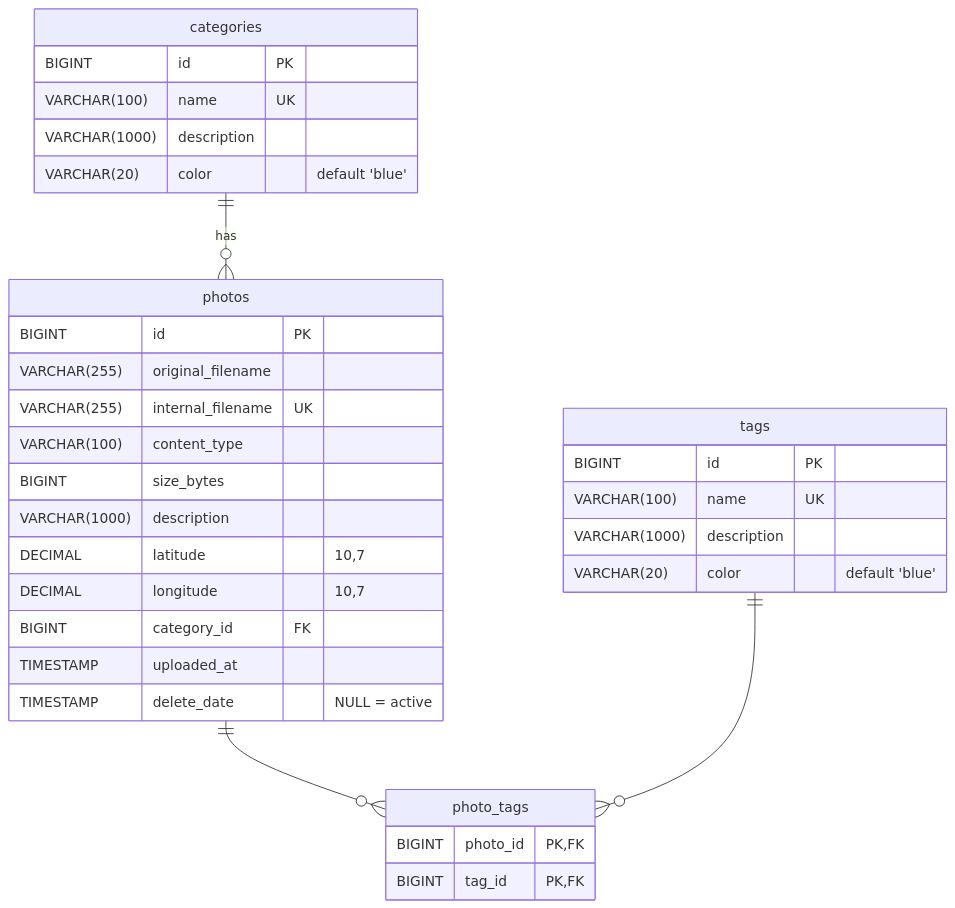
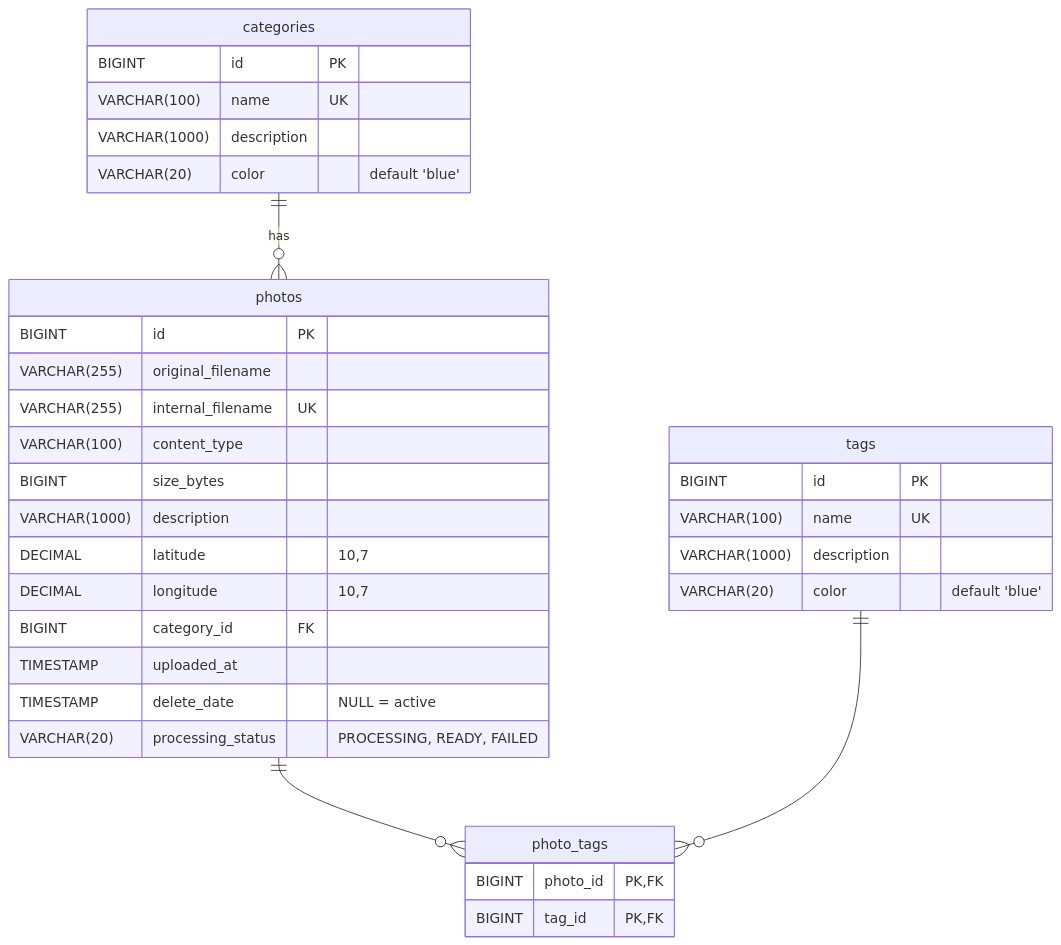
Before and after one commit to moser-systems/picstr: the third of 3 diagrams in docs/SPEC.md, drawn with Mermaid. The commit also changed other lines of this file and 34 other files, not shown here.

````diff
--- a/docs/SPEC.md
+++ b/docs/SPEC.md
@@ -325,36 +333,37 @@
 ```mermaid
 erDiagram
     categories ||--o{ photos : "has"
     photos ||--o{ photo_tags : ""
     tags ||--o{ photo_tags : ""
 
     categories {
         BIGINT id PK
         VARCHAR(100) name UK
         VARCHAR(1000) description
         VARCHAR(20) color "default 'blue'"
     }
     tags {
         BIGINT id PK
         VARCHAR(100) name UK
         VARCHAR(1000) description
         VARCHAR(20) color "default 'blue'"
     }
     photos {
         BIGINT id PK
         VARCHAR(255) original_filename
         VARCHAR(255) internal_filename UK
         VARCHAR(100) content_type
         BIGINT size_bytes
         VARCHAR(1000) description
         DECIMAL latitude "10,7"
         DECIMAL longitude "10,7"
         BIGINT category_id FK
         TIMESTAMP uploaded_at
         TIMESTAMP delete_date "NULL = active"
+        VARCHAR(20) processing_status "PROCESSING, READY, FAILED"
     }
     photo_tags {
         BIGINT photo_id PK,FK
         BIGINT tag_id PK,FK
     }
 ```
````
